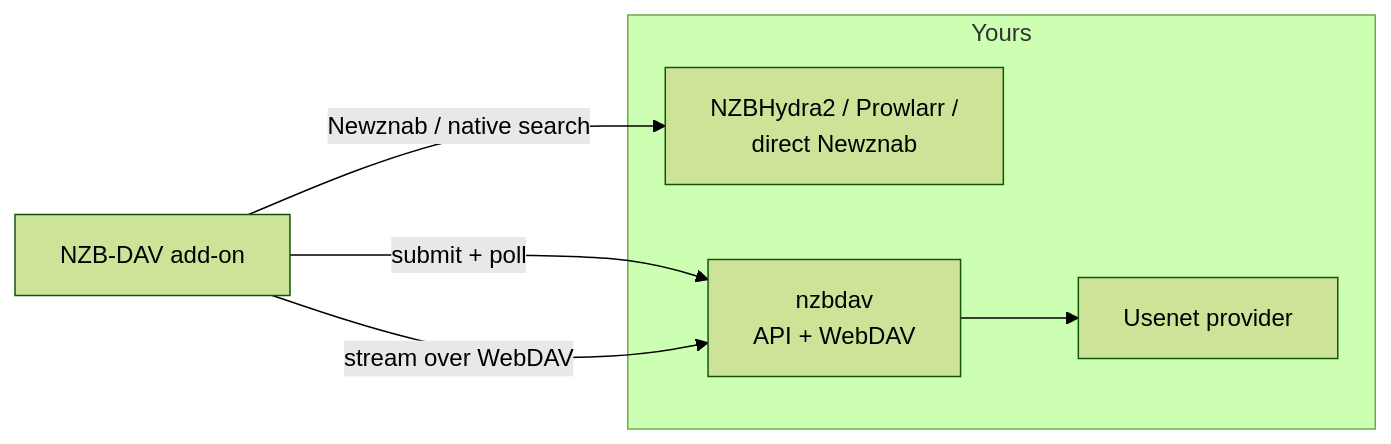
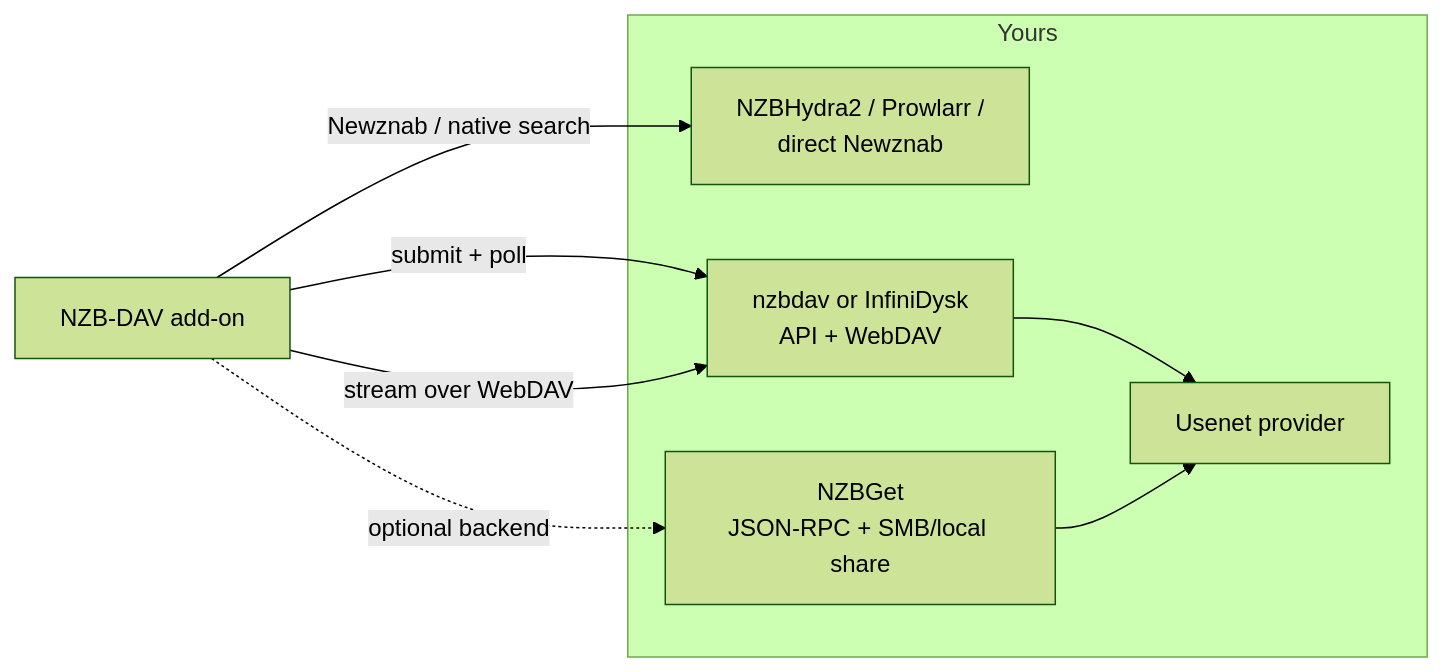
Before and after one commit to Appz4Fun/nzbdavkodi: the third of 3 diagrams in docs-site/how-it-works/architecture.md, drawn with Mermaid (forest theme). The commit also changed other lines of this file and 38 other files, not shown here.

````diff
--- a/docs-site/how-it-works/architecture.md
+++ b/docs-site/how-it-works/architecture.md
@@ -131,12 +160,15 @@
 ```mermaid
 flowchart LR
     subgraph Yours
         H[NZBHydra2 / Prowlarr /<br/>direct Newznab]
-        ND[nzbdav<br/>API + WebDAV]
+        ND[nzbdav or InfiniDysk<br/>API + WebDAV]
+        NG[NZBGet<br/>JSON-RPC + SMB/local share]
         US[Usenet provider]
     end
     A[NZB-DAV add-on] -->|Newznab / native search| H
     A -->|submit + poll| ND
     A -->|stream over WebDAV| ND
+    A -.->|optional backend| NG
     ND --> US
+    NG --> US
 ```
````
